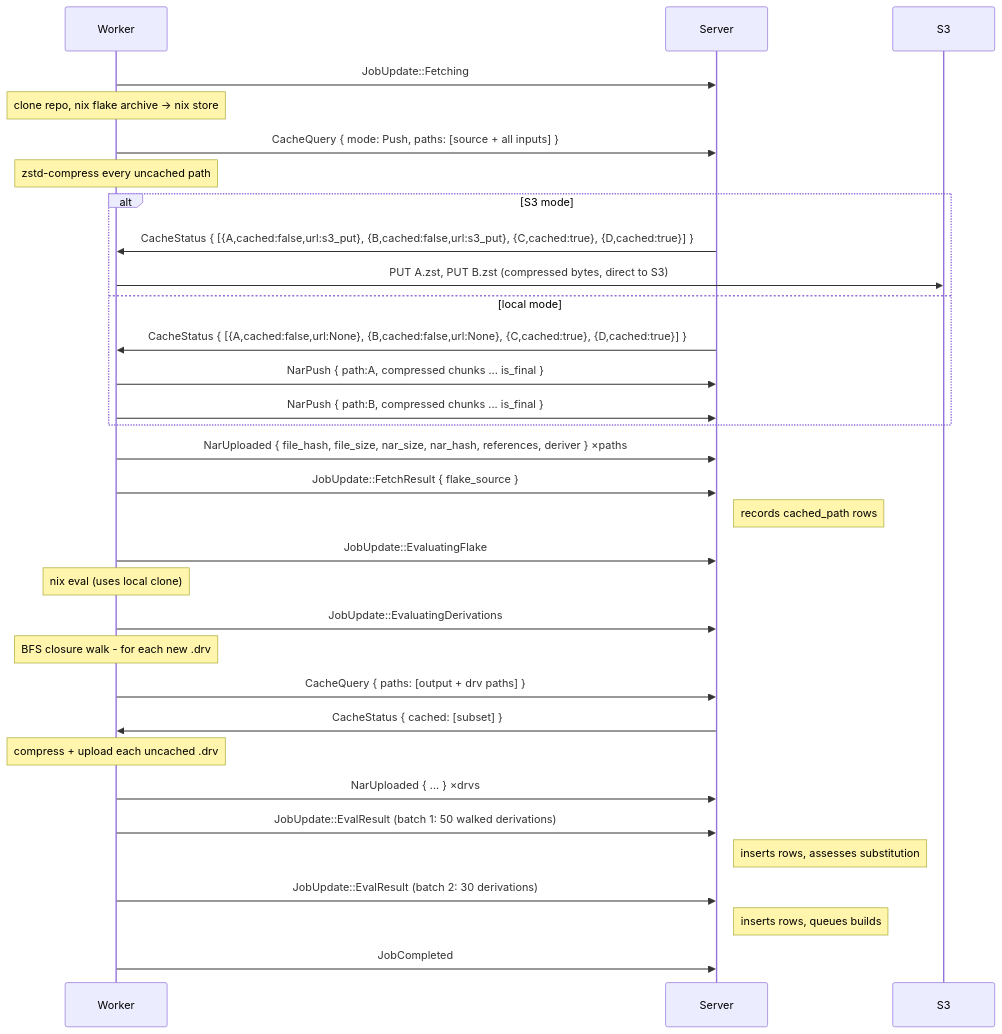
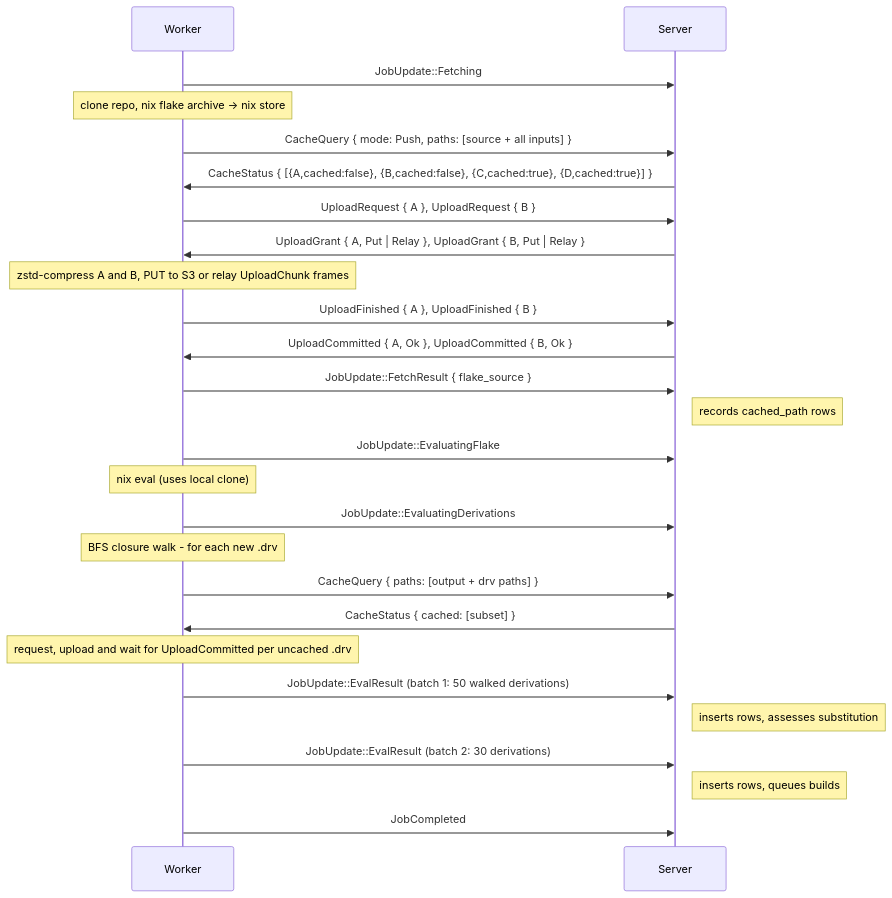
One commit to wavelens/gradient changed diagram 13 of 25 in docs/src/development/proto.md. Above: the diagram before and after it, drawn with Mermaid. The commit also changed other lines of this file and 3 other files, not shown here.

````diff
--- a/docs/src/development/proto.md
+++ b/docs/src/development/proto.md
@@ -730,34 +751,29 @@
 ```mermaid
 sequenceDiagram
     participant W as Worker
     participant S as Server
 
     W->>S: JobUpdate::Fetching
     Note over W: clone repo, nix flake archive → nix store
     W->>S: CacheQuery { mode: Push, paths: [source + all inputs] }
-    Note over W: zstd-compress every uncached path
-    alt S3 mode
-        S->>W: CacheStatus { [{A,cached:false,url:s3_put}, {B,cached:false,url:s3_put}, {C,cached:true}, {D,cached:true}] }
-        W->>S3: PUT A.zst, PUT B.zst (compressed bytes, direct to S3)
-    else local mode
-        S->>W: CacheStatus { [{A,cached:false,url:None}, {B,cached:false,url:None}, {C,cached:true}, {D,cached:true}] }
-        W->>S: NarPush { path:A, compressed chunks ... is_final }
-        W->>S: NarPush { path:B, compressed chunks ... is_final }
-    end
-    W->>S: NarUploaded { file_hash, file_size, nar_size, nar_hash, references, deriver } ×paths
+    S->>W: CacheStatus { [{A,cached:false}, {B,cached:false}, {C,cached:true}, {D,cached:true}] }
+    W->>S: UploadRequest { A }, UploadRequest { B }
+    S->>W: UploadGrant { A, Put | Relay }, UploadGrant { B, Put | Relay }
+    Note over W: zstd-compress A and B, PUT to S3 or relay UploadChunk frames
+    W->>S: UploadFinished { A }, UploadFinished { B }
+    S->>W: UploadCommitted { A, Ok }, UploadCommitted { B, Ok }
     W->>S: JobUpdate::FetchResult { flake_source }
     Note right of S: records cached_path rows
     W->>S: JobUpdate::EvaluatingFlake
     Note over W: nix eval (uses local clone)
     W->>S: JobUpdate::EvaluatingDerivations
     Note over W: BFS closure walk - for each new .drv
     W->>S: CacheQuery { paths: [output + drv paths] }
     S->>W: CacheStatus { cached: [subset] }
-    Note over W: compress + upload each uncached .drv
-    W->>S: NarUploaded { ... } ×drvs
+    Note over W: request, upload and wait for UploadCommitted per uncached .drv
     W->>S: JobUpdate::EvalResult (batch 1: 50 walked derivations)
     Note right of S: inserts rows, assesses substitution
     W->>S: JobUpdate::EvalResult (batch 2: 30 derivations)
     Note right of S: inserts rows, queues builds
     W->>S: JobCompleted
 ```
````
